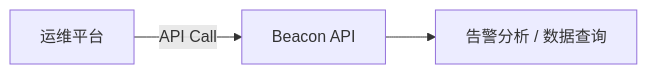
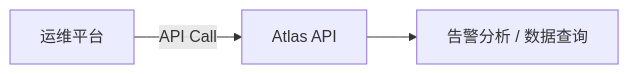
Before and after one commit to CraftsmanChain/Atlas: the first of 2 diagrams in README.md, drawn with Mermaid. The commit also changed other lines of this file, not shown here.

Commit message:
Name the project Atlas

````diff
--- a/README.md
+++ b/README.md
@@ -28,5 +28,5 @@
 ```mermaid
 graph LR
-    Ops[运维平台] -->|API Call| Beacon[Beacon API]
-    Beacon --> Analysis[告警分析 / 数据查询]
+    Ops[运维平台] -->|API Call| Atlas[Atlas API]
+    Atlas --> Analysis[告警分析 / 数据查询]
 ```
````
